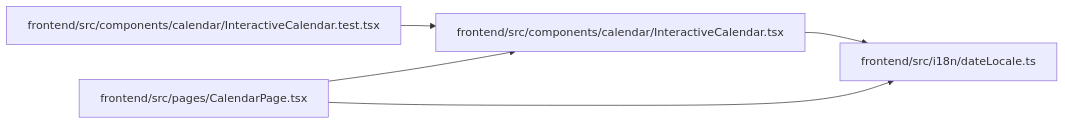
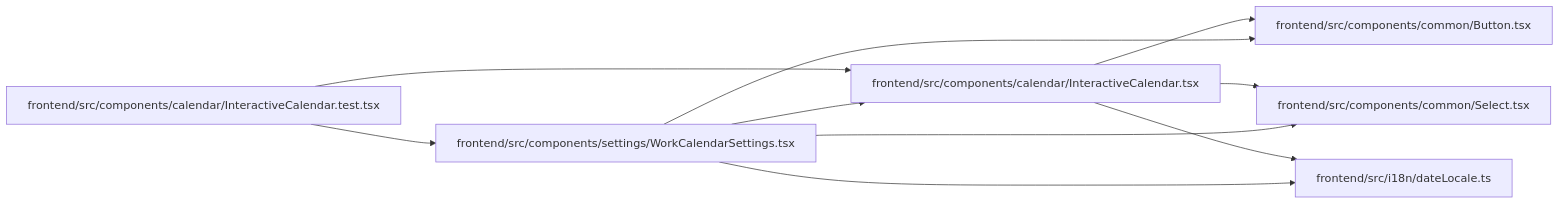
The diagram in docs/llm_wiki/modules/InteractiveCalendar.md (Denissvgn/WorkChord), drawn with Mermaid before and after one commit. The commit also changed other lines of this file and 2373 other files, not shown here.

````diff
--- a/docs/llm_wiki/modules/InteractiveCalendar.md
+++ b/docs/llm_wiki/modules/InteractiveCalendar.md
@@ -29,15 +31,24 @@
 ```mermaid
 flowchart LR
     n0["frontend/src/components/calendar/InteractiveCalendar.test.tsx"]
     n1["frontend/src/components/calendar/InteractiveCalendar.tsx"]
-    n2["frontend/src/i18n/dateLocale.ts"]
-    n3["frontend/src/pages/CalendarPage.tsx"]
+    n2["frontend/src/components/common/Button.tsx"]
+    n3["frontend/src/components/common/Select.tsx"]
+    n4["frontend/src/components/settings/WorkCalendarSettings.tsx"]
+    n5["frontend/src/i18n/dateLocale.ts"]
     n0 --> n1
+    n0 --> n4
     n1 --> n2
-    n3 --> n1
-    n3 --> n2
+    n1 --> n3
+    n1 --> n5
+    n4 --> n1
+    n4 --> n2
+    n4 --> n3
+    n4 --> n5
     click n0 "../modules/InteractiveCalendar.test.md"
     click n1 "../modules/InteractiveCalendar.md"
-    click n2 "../modules/dateLocale.md"
-    click n3 "../modules/CalendarPage.md"
+    click n2 "../modules/Button.md"
+    click n3 "../modules/Select.md"
+    click n4 "../modules/WorkCalendarSettings.md"
+    click n5 "../modules/dateLocale.md"
 ```
````
